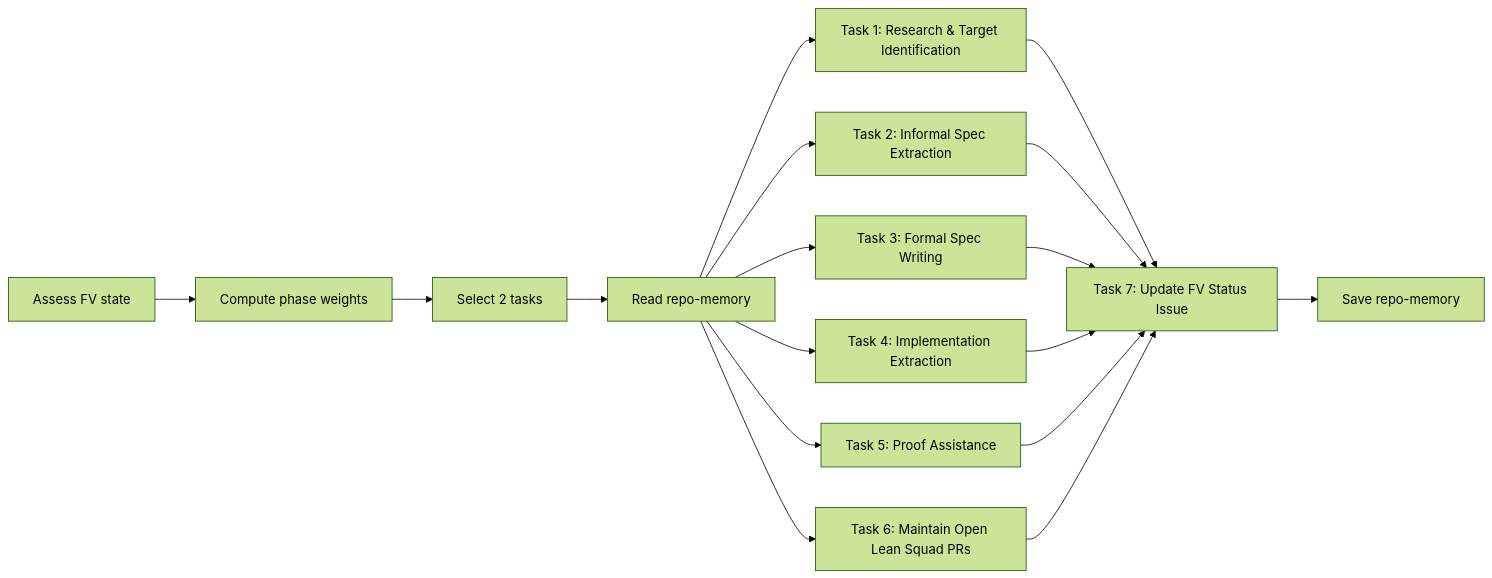
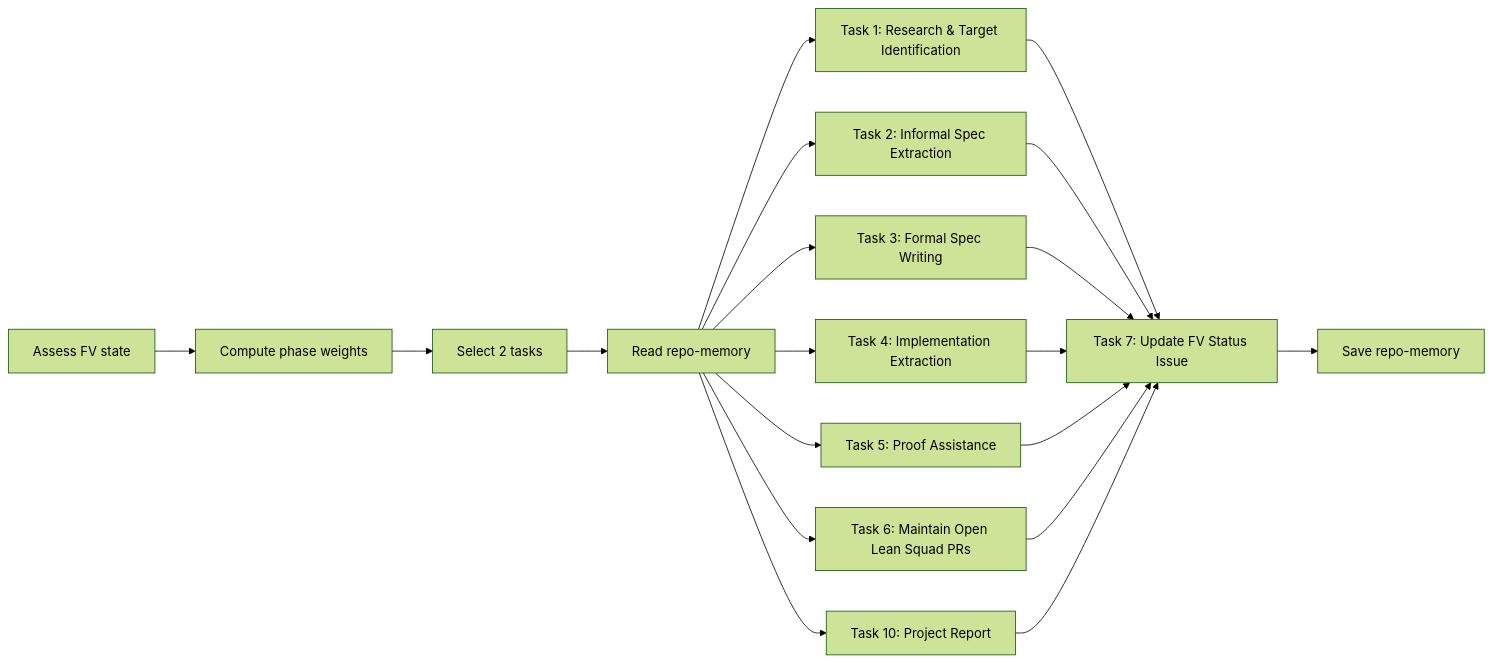
One commit to githubnext/agentics changed the diagram in docs/lean-squad.md. Above: the diagram before and after it, drawn with Mermaid (forest theme). The commit also changed other lines of this file and 1 other file, not shown here.

`````diff
--- a/docs/lean-squad.md
+++ b/docs/lean-squad.md
@@ -17,14 +17,15 @@
 ````mermaid
 graph LR
     P[Assess FV state] --> W[Compute phase weights]
     W --> S[Select 2 tasks]
     S --> A[Read repo-memory]
     A --> T1[Task 1: Research & Target Identification]
     A --> T2[Task 2: Informal Spec Extraction]
     A --> T3[Task 3: Formal Spec Writing]
     A --> T4[Task 4: Implementation Extraction]
     A --> T5[Task 5: Proof Assistance]
     A --> T6[Task 6: Maintain Open Lean Squad PRs]
-    T1 & T2 & T3 & T4 & T5 & T6 --> T7[Task 7: Update FV Status Issue]
+    A --> T10[Task 10: Project Report]
+    T1 & T2 & T3 & T4 & T5 & T6 & T10 --> T7[Task 7: Update FV Status Issue]
     T7 --> M[Save repo-memory]
 ````
`````
